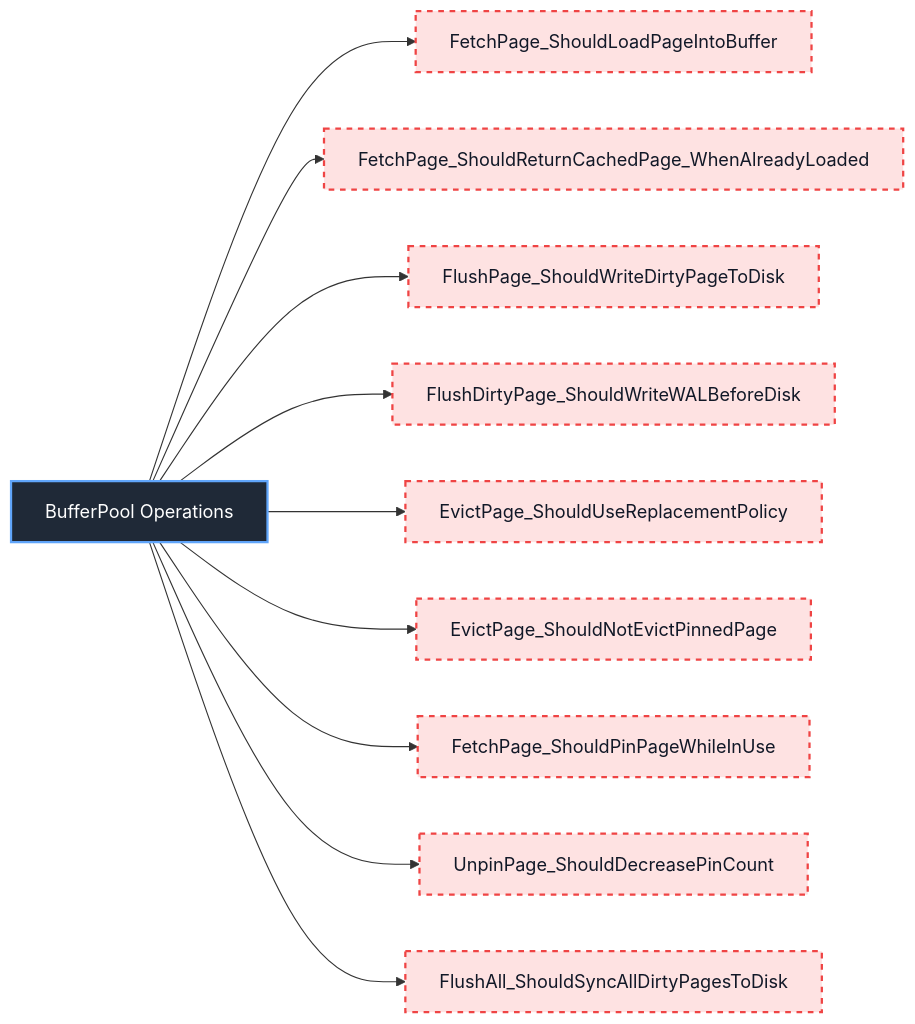
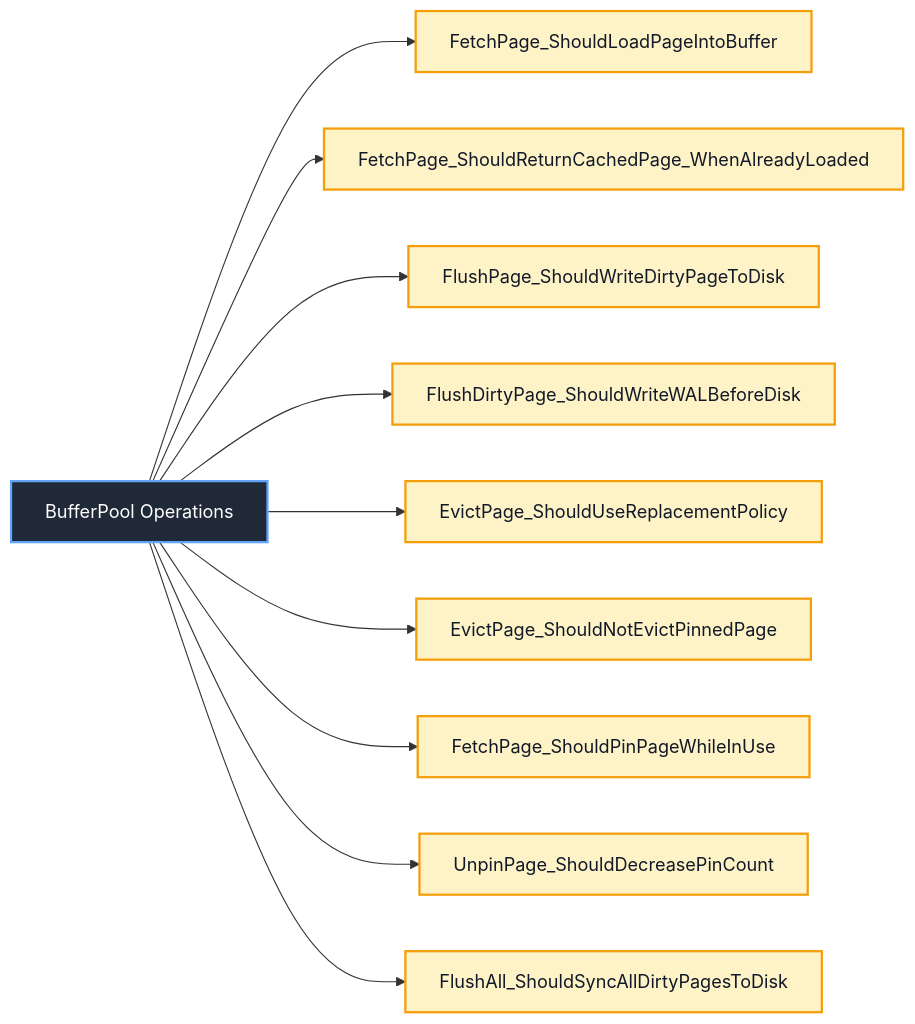
Before and after one commit to Hagiakhanh/bbv-dbms: diagram 26 of 53 in docs/sequence-diagrams/README.md, drawn with Mermaid. The commit also changed other lines of this file and 30 other files, not shown here.

````diff
--- a/docs/sequence-diagrams/README.md
+++ b/docs/sequence-diagrams/README.md
@@ -1118,21 +1119,21 @@
 ```mermaid
 flowchart LR
     ClassNode["BufferPool Operations"]
 
     ClassNode --> BufferPool_Operations_1["FetchPage_ShouldLoadPageIntoBuffer"]
     ClassNode --> BufferPool_Operations_2["FetchPage_ShouldReturnCachedPage_WhenAlreadyLoaded"]
     ClassNode --> BufferPool_Operations_3["FlushPage_ShouldWriteDirtyPageToDisk"]
     ClassNode --> BufferPool_Operations_4["FlushDirtyPage_ShouldWriteWALBeforeDisk"]
     ClassNode --> BufferPool_Operations_5["EvictPage_ShouldUseReplacementPolicy"]
     ClassNode --> BufferPool_Operations_6["EvictPage_ShouldNotEvictPinnedPage"]
     ClassNode --> BufferPool_Operations_7["FetchPage_ShouldPinPageWhileInUse"]
     ClassNode --> BufferPool_Operations_8["UnpinPage_ShouldDecreasePinCount"]
     ClassNode --> BufferPool_Operations_9["FlushAll_ShouldSyncAllDirtyPagesToDisk"]
 
     classDef classNode fill:#1f2937,stroke:#60a5fa,color:#ffffff,stroke-width:2px
     classDef completedTest fill:#dcfce7,stroke:#22c55e,color:#111827,stroke-width:2px
-    classDef missingTest fill:#fee2e2,stroke:#ef4444,color:#111827,stroke-width:2px,stroke-dasharray:5 5
+    classDef redPhaseTest fill:#fef3c7,stroke:#f59e0b,color:#111827,stroke-width:2px
 
     class ClassNode classNode
-    class BufferPool_Operations_1,BufferPool_Operations_2,BufferPool_Operations_3,BufferPool_Operations_4,BufferPool_Operations_5,BufferPool_Operations_6,BufferPool_Operations_7,BufferPool_Operations_8,BufferPool_Operations_9 missingTest
+    class BufferPool_Operations_1,BufferPool_Operations_2,BufferPool_Operations_3,BufferPool_Operations_4,BufferPool_Operations_5,BufferPool_Operations_6,BufferPool_Operations_7,BufferPool_Operations_8,BufferPool_Operations_9 redPhaseTest
 ```
````
